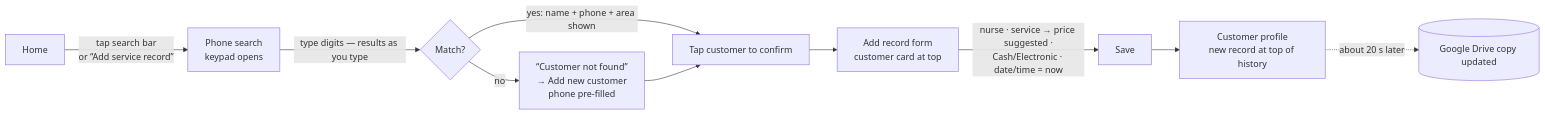
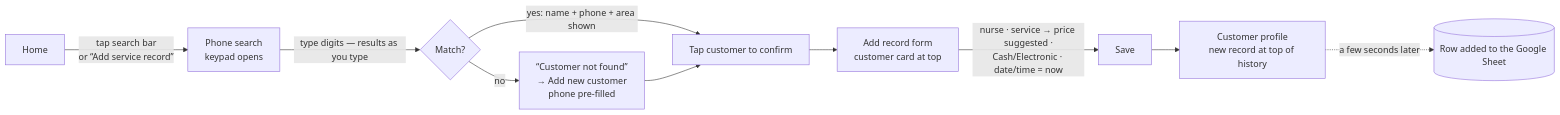
Before and after one commit to NourEkramy/Sanad-App: the first of 2 diagrams in docs/04-user-flows.md, drawn with Mermaid. The commit also changed other lines of this file and 76 other files, not shown here.

````diff
--- a/docs/04-user-flows.md
+++ b/docs/04-user-flows.md
@@ -7,12 +7,12 @@
 ```mermaid
 flowchart LR
     A[Home] -->|tap search bar<br/>or “Add service record”| B[Phone search<br/>keypad opens]
     B -->|type digits — results as you type| C{Match?}
     C -->|yes: name + phone + area shown| D[Tap customer to confirm]
     C -->|no| N[“Customer not found”<br/>→ Add new customer<br/>phone pre-filled]
     N --> D
     D --> E[Add record form<br/>customer card at top]
     E -->|nurse · service → price suggested ·<br/>Cash/Electronic · date/time = now| F[Save]
     F --> G[Customer profile<br/>new record at top of history]
-    G -.->|about 20 s later| H[(Google Drive copy updated)]
+    G -.->|a few seconds later| H[(Row added to the Google Sheet)]
 ```
````
